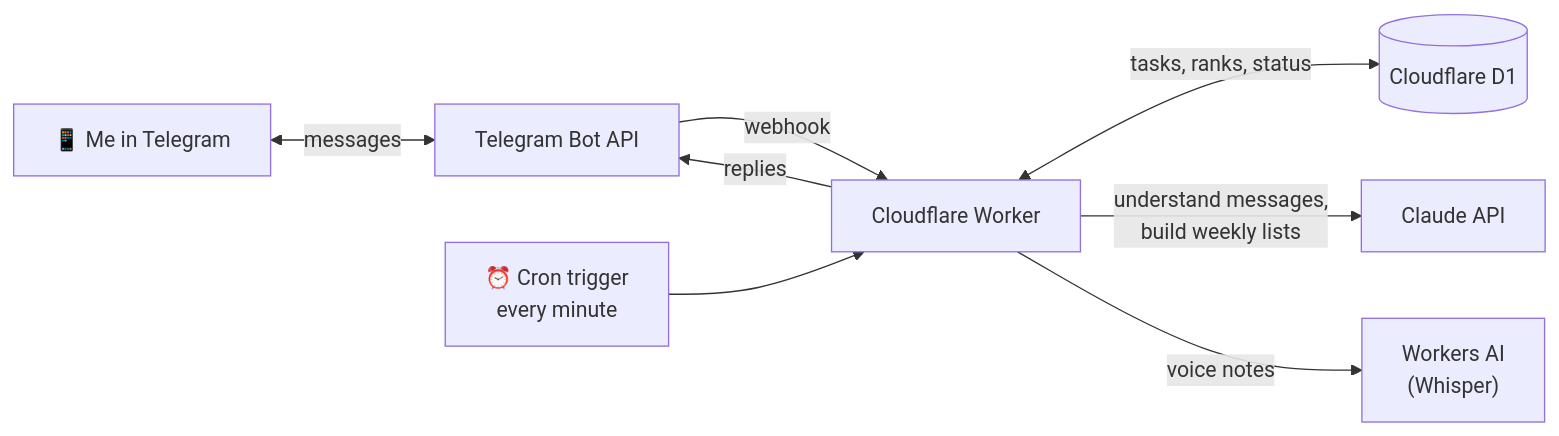
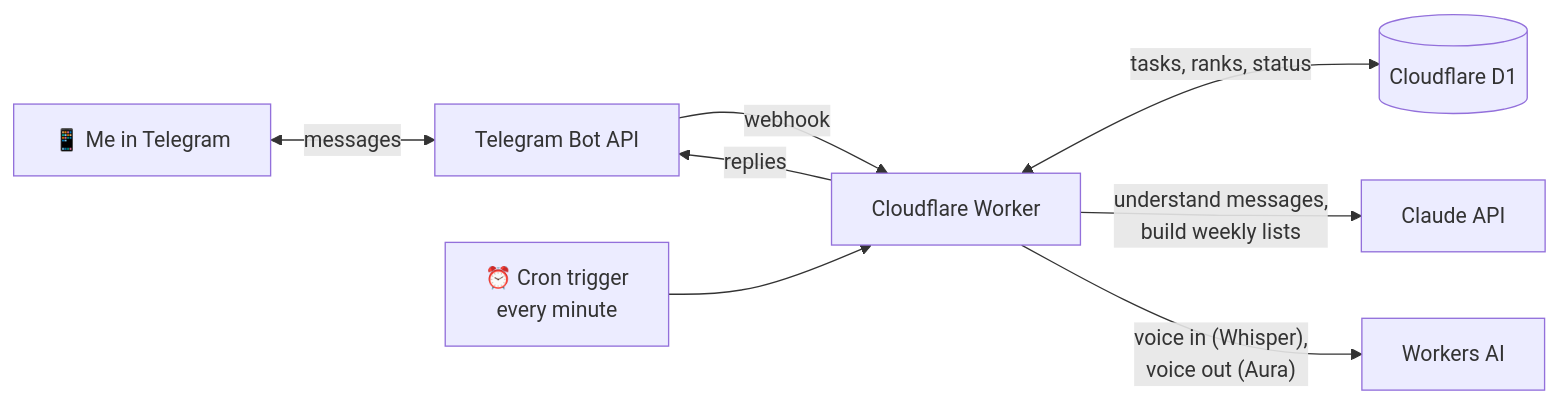
Before and after one commit to mykel23/telegram-planner-bot: the diagram in README.md, drawn with Mermaid. The commit also changed other lines of this file and 15 other files, not shown here.

````diff
--- a/README.md
+++ b/README.md
@@ -34,10 +38,10 @@
 ```mermaid
 flowchart LR
     Me["📱 Me in Telegram"] <-->|messages| TG["Telegram Bot API"]
     TG -->|webhook| W["Cloudflare Worker"]
     W -->|replies| TG
     Cron["⏰ Cron trigger<br/>every minute"] --> W
     W <-->|tasks, ranks, status| DB[("Cloudflare D1")]
     W -->|"understand messages,<br/>build weekly lists"| C["Claude API"]
-    W -->|voice notes| AI["Workers AI<br/>(Whisper)"]
+    W -->|"voice in (Whisper),<br/>voice out (Aura)"| AI["Workers AI"]
 ```
````
